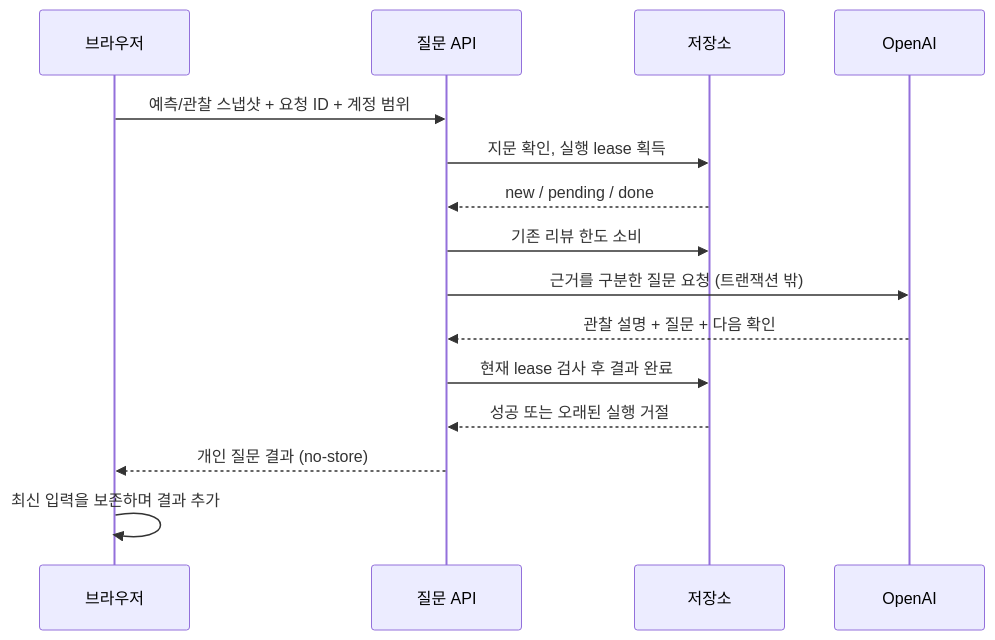
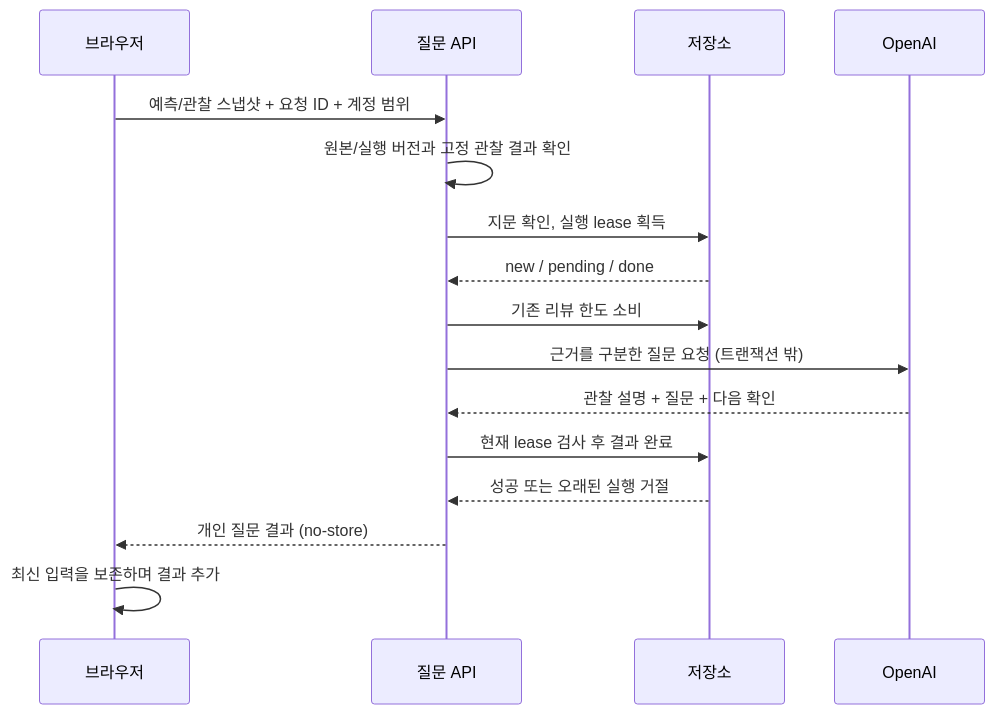
The sixth of 6 diagrams in docs/engineering.md (kwakhyun/codefit), drawn with Mermaid before and after one commit. The commit also changed other lines of this file and 69 other files, not shown here.

````diff
--- a/docs/engineering.md
+++ b/docs/engineering.md
@@ -467,17 +467,18 @@
 ```mermaid
 sequenceDiagram
   participant UI as 브라우저
   participant API as 질문 API
   participant DB as 저장소
   participant AI as OpenAI
   UI->>API: 예측/관찰 스냅샷 + 요청 ID + 계정 범위
+  API->>API: 원본/실행 버전과 고정 관찰 결과 확인
   API->>DB: 지문 확인, 실행 lease 획득
   DB-->>API: new / pending / done
   API->>DB: 기존 리뷰 한도 소비
   API->>AI: 근거를 구분한 질문 요청 (트랜잭션 밖)
   AI-->>API: 관찰 설명 + 질문 + 다음 확인
   API->>DB: 현재 lease 검사 후 결과 완료
   DB-->>API: 성공 또는 오래된 실행 거절
   API-->>UI: 개인 질문 결과 (no-store)
   UI->>UI: 최신 입력을 보존하며 결과 추가
 ```
````
